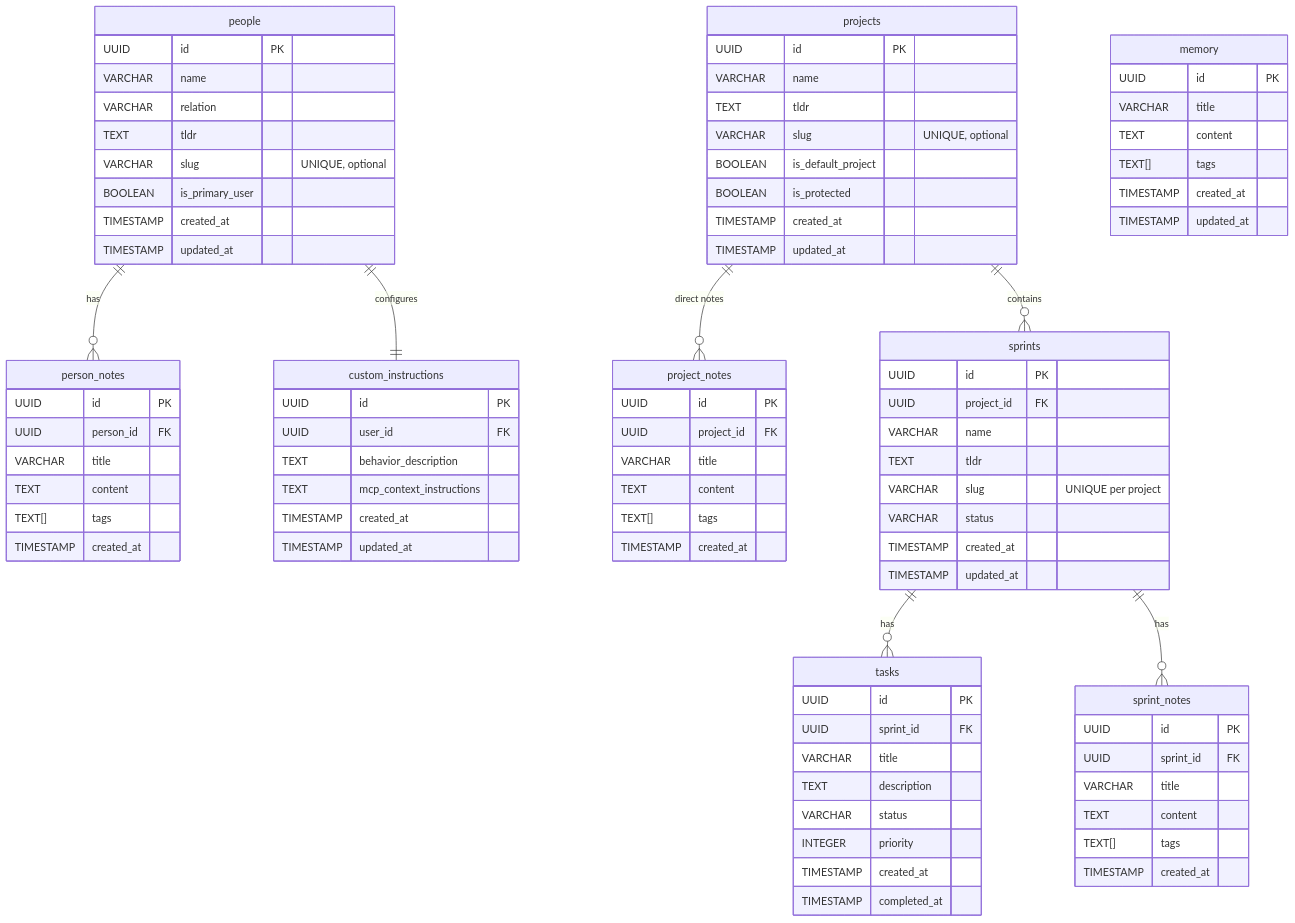
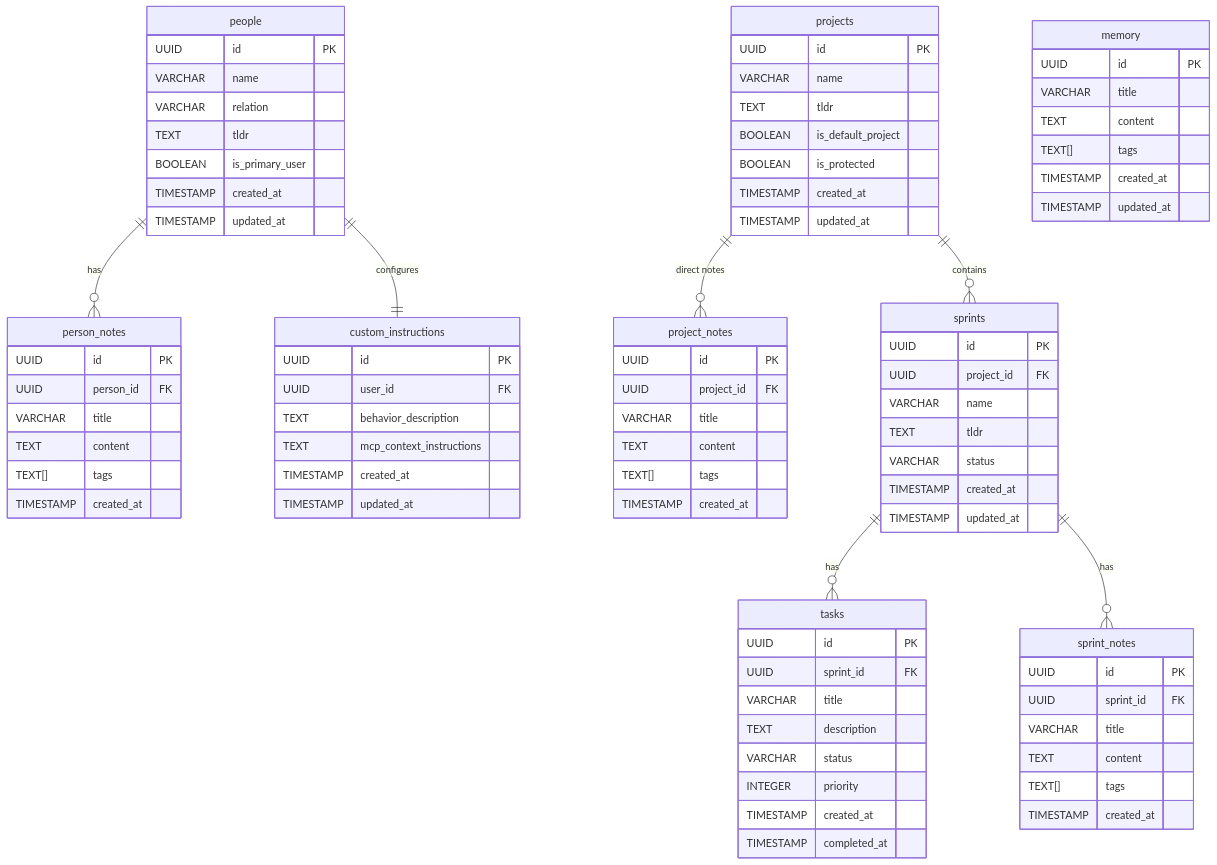
Before and after one commit to nmarcofernandess/cognitiveoverflow: the first of 2 diagrams in docs/Neural-MCP/Doc_neural.md, drawn with Mermaid. The commit also changed other lines of this file and 6 other files, not shown here.

```diff
--- a/docs/Neural-MCP/Doc_neural.md
+++ b/docs/Neural-MCP/Doc_neural.md
@@ -86,7 +86,6 @@
         VARCHAR name
         VARCHAR relation
         TEXT tldr
-        VARCHAR slug "UNIQUE, optional"
         BOOLEAN is_primary_user
         TIMESTAMP created_at
         TIMESTAMP updated_at
@@ -105,7 +104,6 @@
         UUID id PK
         VARCHAR name
         TEXT tldr
-        VARCHAR slug "UNIQUE, optional"
         BOOLEAN is_default_project
         BOOLEAN is_protected
         TIMESTAMP created_at
@@ -126,7 +124,6 @@
         UUID project_id FK
         VARCHAR name
         TEXT tldr
-        VARCHAR slug "UNIQUE per project"
         VARCHAR status
         TIMESTAMP created_at
         TIMESTAMP updated_at
```
